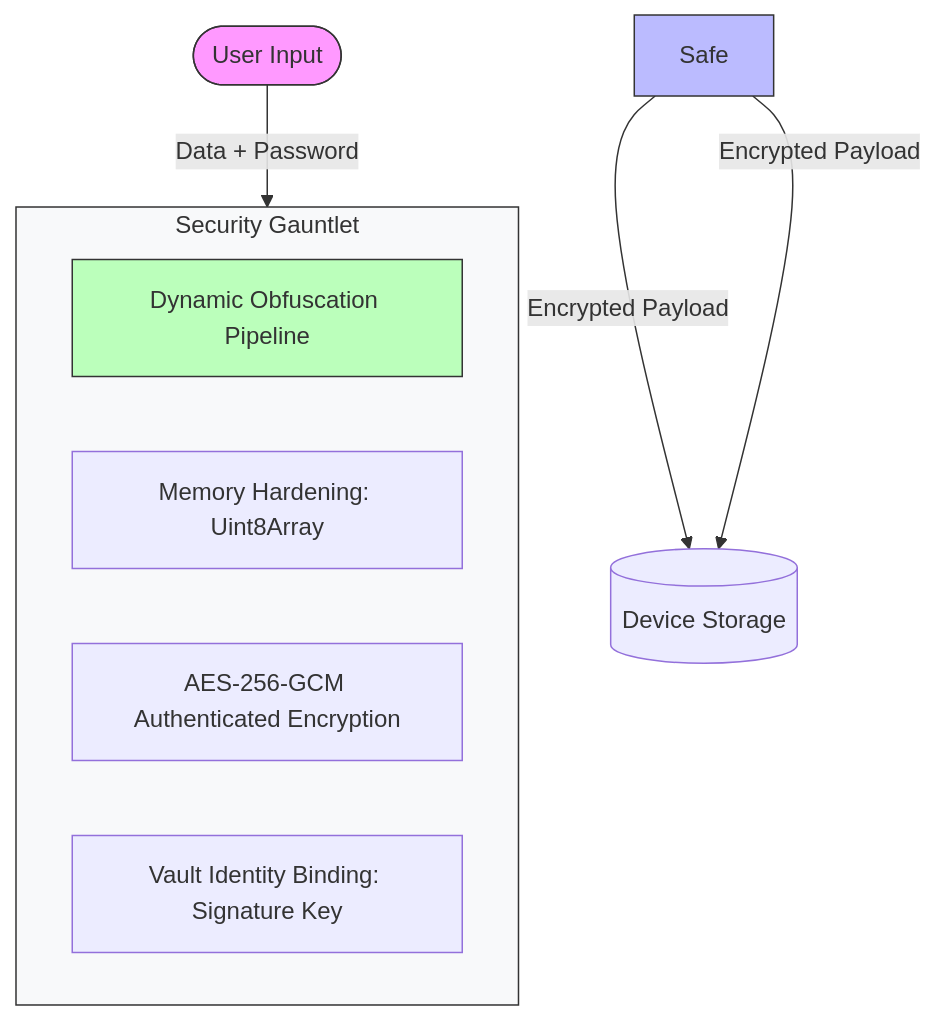
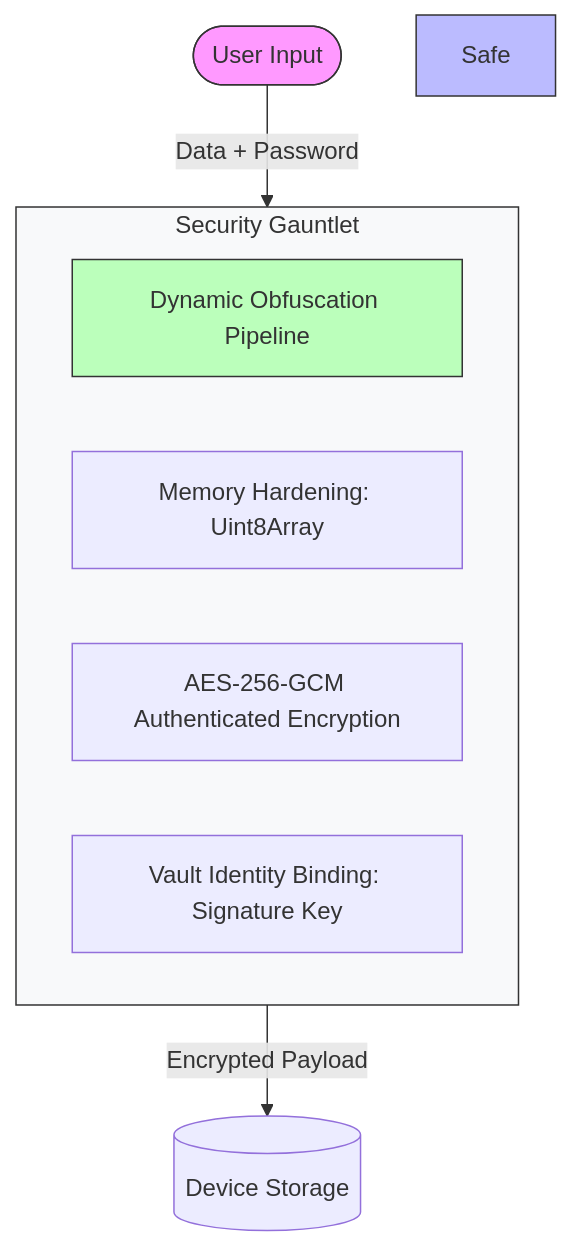
Before and after one commit to Kryklin/darkstar: the first of 4 diagrams in DARKSTAR_ARCHITECTURE.md, drawn with Mermaid. The commit also changed 6 other files, not shown here.

Commit message:
feat: implement D-KASP-512 multi-language cryptographic suite with cross-language interop verification scripts and architecture documentation.

````diff
--- a/DARKSTAR_ARCHITECTURE.md
+++ b/DARKSTAR_ARCHITECTURE.md
@@ -32,19 +32,18 @@
 ```mermaid
 graph TD
     User([User Input]) -->|Data + Password| Layers[Multi-Layer Protection]
 
     subgraph Layers [Security Gauntlet]
         Obf[Dynamic Obfuscation Pipeline]
         MemH[Memory Hardening: Uint8Array]
         AES[AES-256-GCM Authenticated Encryption]
         Identity[Vault Identity Binding: Signature Key]
     end
 
-    Safe -->|Encrypted Payload| Storage[(Device Storage)]
-    Safe -->|Encrypted Payload| Storage[(Device Storage)]
+    Layers -->|Encrypted Payload| Storage[(Device Storage)]
 
     style User fill:#f9f,stroke:#333
     style Layers fill:#f8f9fa,stroke:#333
     style Safe fill:#bbf,stroke:#333
     style Obf fill:#bfb,stroke:#333
 ```
````
